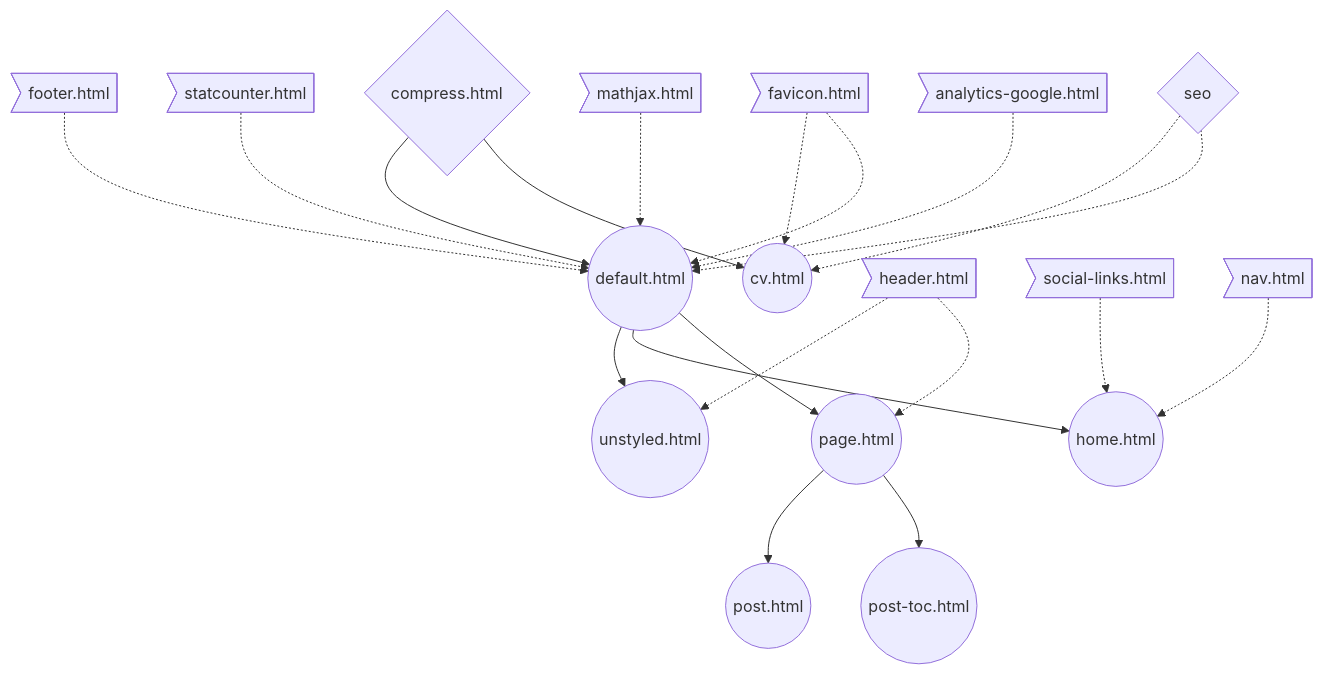
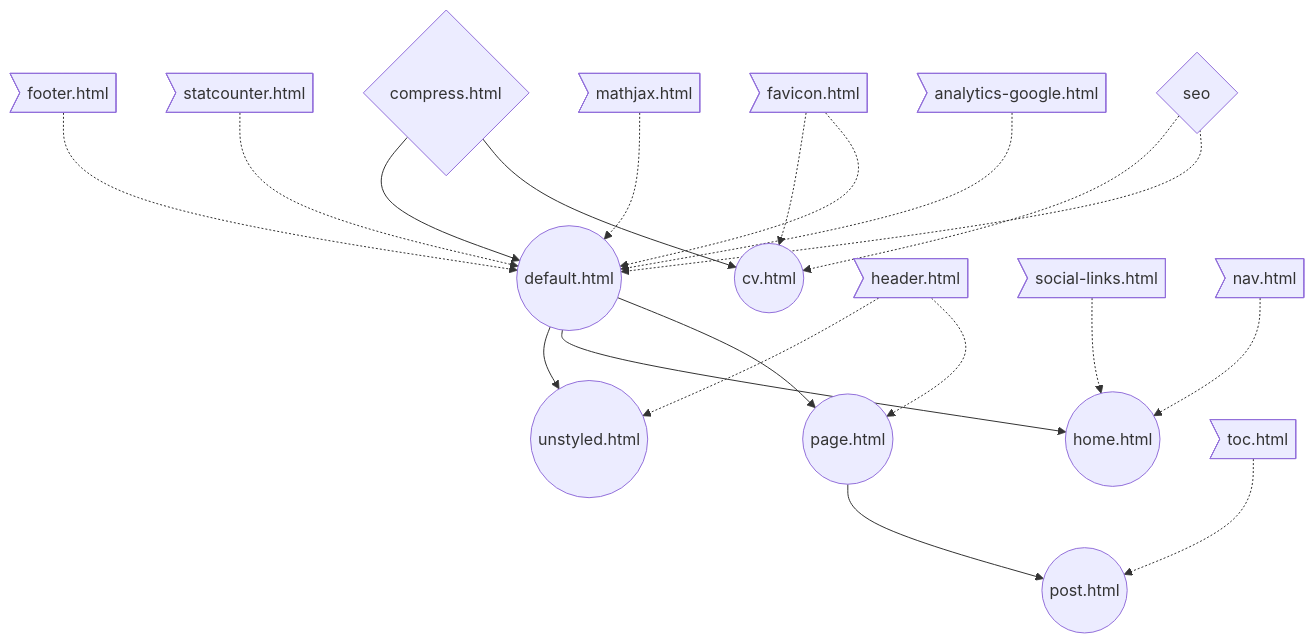
Before and after one commit to ejolly/ejolly.github.io: the fourth of 4 diagrams in README.md, drawn with Mermaid. The commit also changed other lines of this file and 2 other files, not shown here.

````diff
--- a/README.md
+++ b/README.md
@@ -53,26 +56,26 @@
 ```mermaid
 graph TD;
     compress{ compress.html }-->default(( default.html));
     default-->unstyled((unstyled.html));
     default-->home((home.html));
     default-->page((page.html));
     page-->post((post.html));
     compress-->cv((cv.html));
-    page-->posttoc((post-toc.html));
 
     header>header.html]-.->unstyled;
     header-.->page
     sociallinks>social-links.html]-.->home
     nav>nav.html]-.->home
     favicon>favicon.html]-.->cv
     favicon-.->default
     footer>footer.html]-.->default
     statcounter>statcounter.html]-.->default
     mathjax>mathjax.html]-.->default
     google>analytics-google.html]-.->default
+    toc>toc.html]-.->post
 
     seo{ seo }-.->cv
     seo-.->default
 
 
 ```
````
